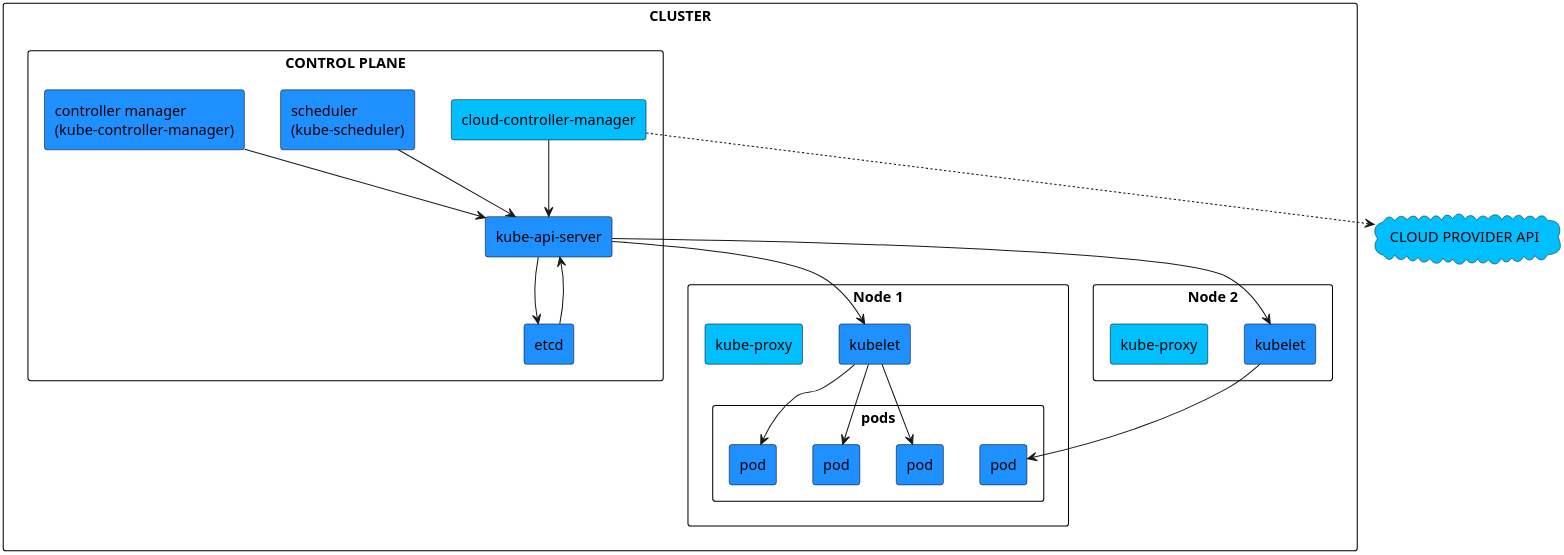
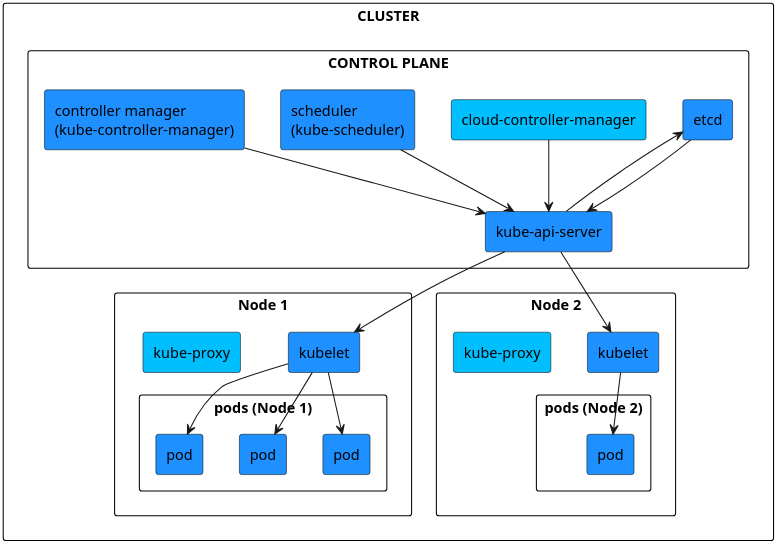
One commit to kubefold/thesis-text changed the diagram in uml/kubernetes.puml. Above: the diagram before and after it, drawn with PlantUML. The commit also changed 2 other files, not shown here.

Commit message:
Revise Kubernetes cluster architecture documentation
Expanded the description of Kubernetes Control Plane and Worker Node components, incorporating detailed explanations and a new architecture figure. Updated the PlantUML diagram for better structure and added clear component grouping with directional annotations.

```diff
--- a/uml/kubernetes.puml
+++ b/uml/kubernetes.puml
@@ -1,52 +1,72 @@
 @startuml
+' Global appearance
 skinparam rectangle {
   BackgroundColor #ffffff
   BorderColor black
 }
 skinparam shadowing false
 skinparam dpi 300
 
+' Set overall layout to vertical
+top to bottom direction
+
 rectangle "CLUSTER" {
+  ' Ensure the cluster itself stacks its children vertically
+  top to bottom direction
+
   rectangle "CONTROL PLANE" {
+    ' Control plane components stacked vertically
+    top to bottom direction
+
     rectangle "cloud-controller-manager" as CCM #00BFFF
     rectangle "kube-api-server" as API #1E90FF
     rectangle "etcd" as ETCD #1E90FF
     rectangle "scheduler\n(kube-scheduler)" as SCHED #1E90FF
     rectangle "controller manager\n(kube-controller-manager)" as CTRL #1E90FF
-
-    CCM --> API
-    API --> ETCD
-    ETCD --> API
-    SCHED --> API
-    CTRL --> API
   }
 
   rectangle "Node 1" {
+    ' Node 1 components stacked vertically
+    top to bottom direction
+
     rectangle "kubelet" as KLET1 #1E90FF
     rectangle "kube-proxy" as KPROXY1 #00BFFF
-    rectangle "pods" {
+    rectangle "pods (Node 1)" {
+      top to bottom direction
+
       rectangle "pod" as POD1_1 #1E90FF
       rectangle "pod" as POD1_2 #1E90FF
       rectangle "pod" as POD1_3 #1E90FF
     }
-    KLET1 --> POD1_1
-    KLET1 --> POD1_2
-    KLET1 --> POD1_3
   }
 
   rectangle "Node 2" {
+    ' Node 2 components stacked vertically
+    top to bottom direction
+
     rectangle "kubelet" as KLET2 #1E90FF
     rectangle "kube-proxy" as KPROXY2 #00BFFF
-    rectangle "pods" {
+    rectangle "pods (Node 2)" {
+      top to bottom direction
+
       rectangle "pod" as POD2_1 #1E90FF
     }
-    KLET2 --> POD2_1
   }
-
-  API --> KLET1
-  API --> KLET2
 }
 
-cloud "CLOUD PROVIDER API" as CLOUD #00BFFF
-CCM ..> CLOUD
+' Draw arrows *after* to maintain visual structure
+CCM --> API
+API -l-> ETCD
+ETCD --> API
+SCHED --> API
+CTRL --> API
+
+API -d-> KLET1
+API -d-> KLET2
+
+KLET1 --> POD1_1
+KLET1 --> POD1_2
+KLET1 --> POD1_3
+
+KLET2 --> POD2_1
 @enduml
```
